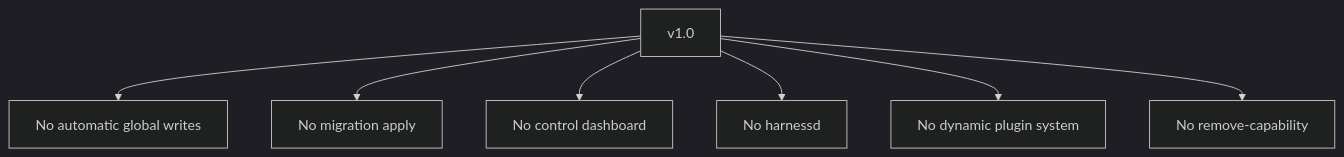
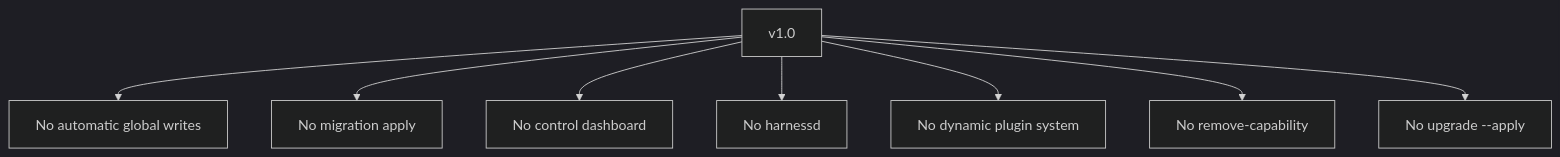
The tenth of 10 diagrams in docs-release/release/v1.0-visual-roadmap-cn.md (FairladyZ625/coding-agent-harness), drawn with Mermaid (dark theme) before and after one commit. The commit also changed other lines of this file, not shown here.

````diff
--- a/docs-release/release/v1.0-visual-roadmap-cn.md
+++ b/docs-release/release/v1.0-visual-roadmap-cn.md
@@ -173,17 +228,19 @@
 ```mermaid
 flowchart TB
   V10["v1.0"]
   No1["No automatic global writes"]
   No2["No migration apply"]
   No3["No control dashboard"]
   No4["No harnessd"]
   No5["No dynamic plugin system"]
   No6["No remove-capability"]
+  No7["No upgrade --apply"]
 
   V10 --> No1
   V10 --> No2
   V10 --> No3
   V10 --> No4
   V10 --> No5
   V10 --> No6
+  V10 --> No7
 ```
````
